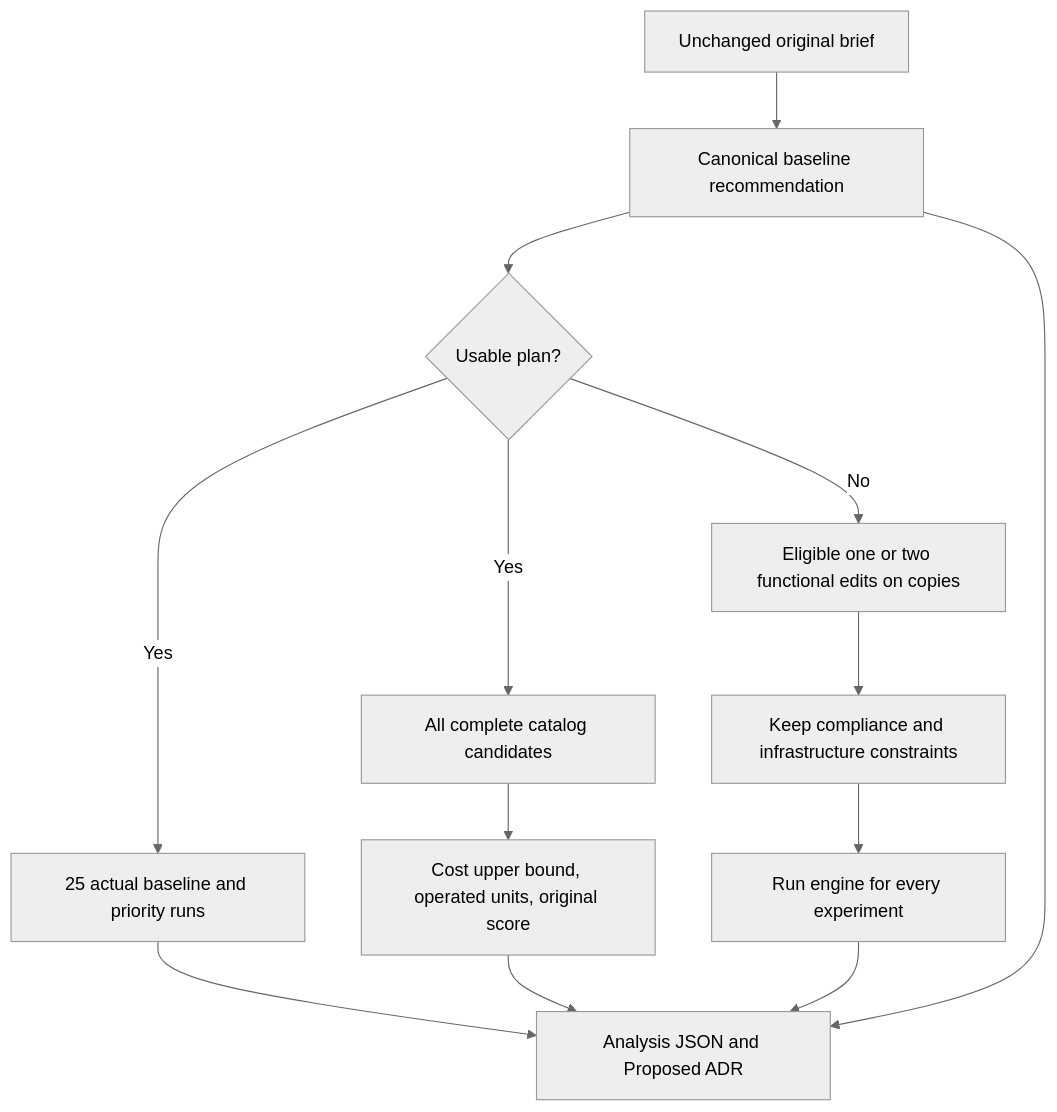
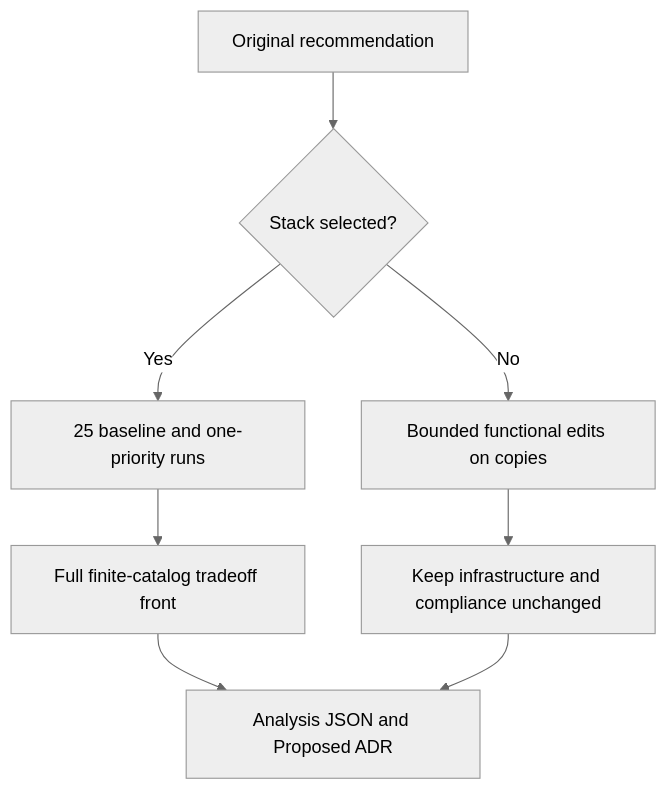
Before and after one commit to oki-dokii/StackSense: the fourth of 5 diagrams in README.md, drawn with Mermaid (neutral theme). The commit also changed other lines of this file and 130 other files, not shown here.

````diff
--- a/README.md
+++ b/README.md
@@ -138,15 +167,10 @@
 ```mermaid
 flowchart TD
-  Brief[Unchanged original brief] --> Baseline[Canonical baseline recommendation]
-  Baseline --> Usable{Usable plan?}
-  Usable -->|Yes| Sweep[25 actual baseline and priority runs]
-  Usable -->|Yes| Front[All complete catalog candidates]
-  Front --> Pareto[Cost upper bound, operated units, original score]
-  Usable -->|No| Trials[Eligible one or two functional edits on copies]
-  Trials --> Guard[Keep compliance and infrastructure constraints]
-  Guard --> Rerun[Run engine for every experiment]
-  Sweep --> Export[Analysis JSON and Proposed ADR]
-  Pareto --> Export
-  Rerun --> Export
-  Baseline --> Export
+  Original[Original recommendation] --> Usable{Stack selected?}
+  Usable -->|Yes| Sweep[25 baseline and one-priority runs]
+  Sweep --> Front[Full finite-catalog tradeoff front]
+  Usable -->|No| Experiments[Bounded functional edits on copies]
+  Experiments --> Protected[Keep infrastructure and compliance unchanged]
+  Front --> Export[Analysis JSON and Proposed ADR]
+  Protected --> Export
 ```
````
